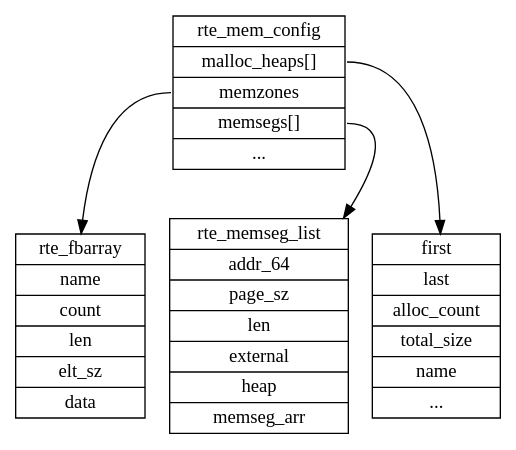
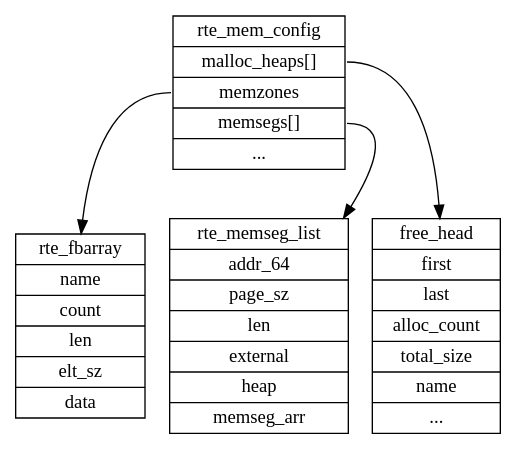
The diagram in dpdk/内存管理.md (sisyphus1212/note), drawn with Graphviz before and after one commit.

Commit message:
auto_update

````diff
--- a/dpdk/内存管理.md
+++ b/dpdk/内存管理.md
@@ -16,51 +16,52 @@
 ```graphviz
 digraph {
 	rte_mem_config[
 		label = "{
 		<f0>rte_mem_config|
         <f1>malloc_heaps[]|
 		<f2>memzones|
 		<f3>memsegs[]|
 		<f4>...
 		}",
 		shape = "record"
 	];
 	rte_fbarray[
 		label = "{
 		rte_fbarray|
         name|
 		count|
 		len|
 		elt_sz|
 		data
 		}",
 		shape = "record"
 	];
 	rte_memseg_list[
 		label = "{
 		<f0>rte_memseg_list|
 		<f1>addr_64|
 		<f2>page_sz|
 		<f3>len|
 		<f4>external|
 		<f5>heap |
 		<f6>memseg_arr
 		}",
 		shape = "record"
 	];
 	malloc_heap[
 		label = "{
+			free_head|
 		first|
         last|
 		alloc_count|
 		total_size|
 		name|
 		...
 		}",
 		shape = "record"
 	];
 	rte_mem_config:f1 -> malloc_heap
 	rte_mem_config:f2 -> rte_fbarray
 	rte_mem_config:f3 -> rte_memseg_list
 }
 ```
````
